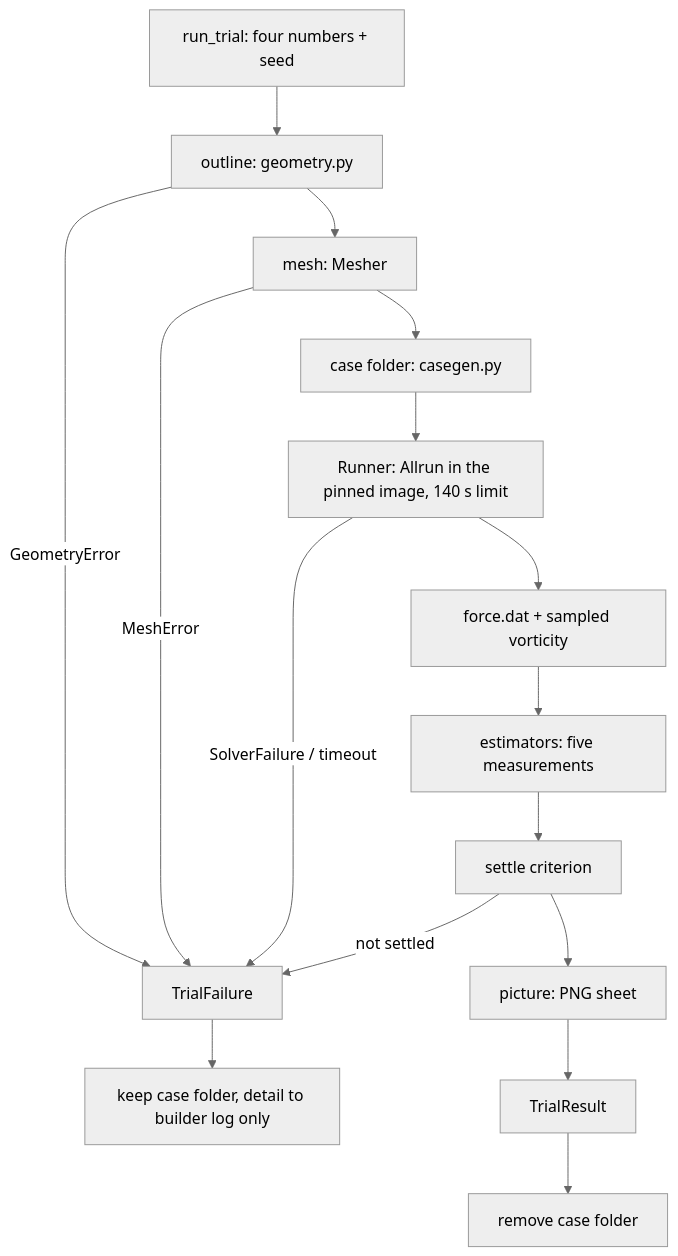
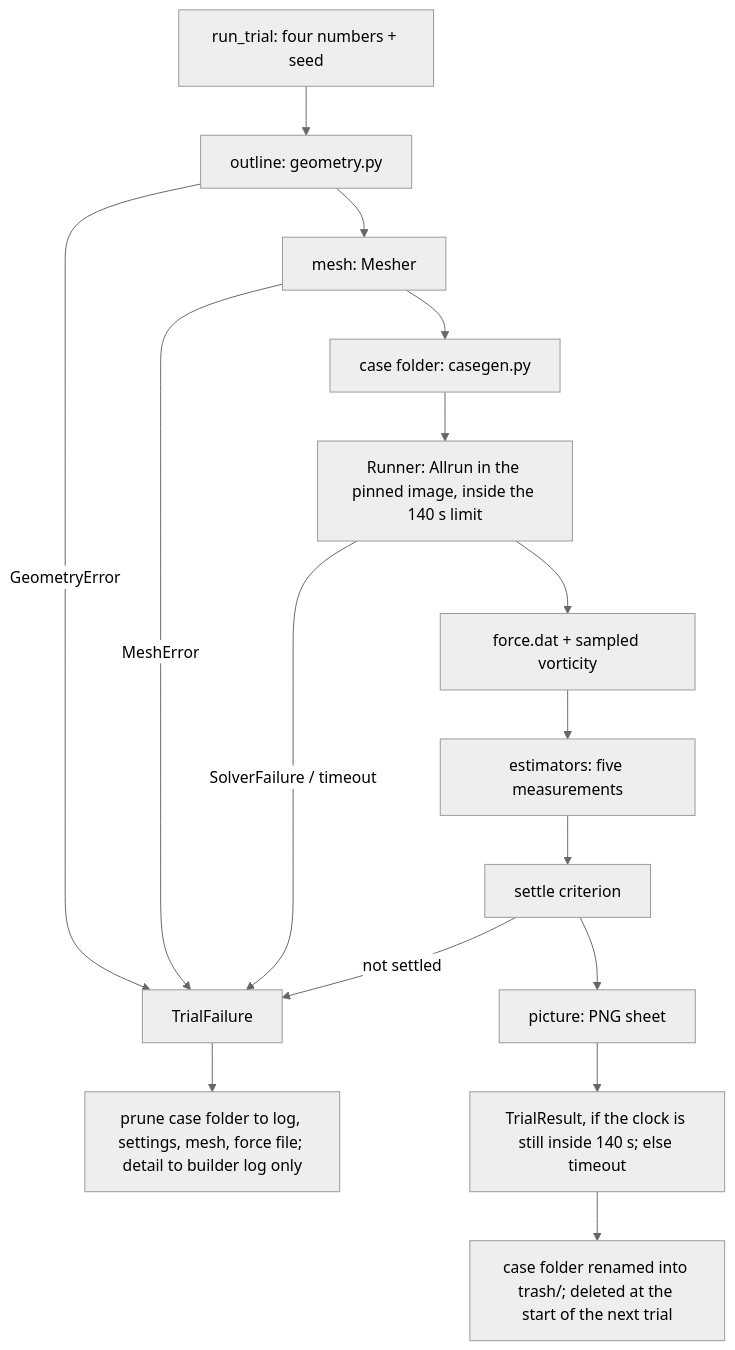
Before and after one commit to marcosanyo/dr-kiro-lab-notebook: the diagram in docs/ja/wind-tunnel/design.md, drawn with Mermaid (neutral theme). The commit also changed other lines of this file and 6 other files, not shown here.

````diff
--- a/docs/ja/wind-tunnel/design.md
+++ b/docs/ja/wind-tunnel/design.md
@@ -70,18 +71,18 @@
 ```mermaid
 flowchart TD
     A[run_trial: four numbers + seed] --> B[outline: geometry.py]
     B -->|GeometryError| F[TrialFailure]
     B --> C[mesh: Mesher]
     C -->|MeshError| F
     C --> D[case folder: casegen.py]
-    D --> E[Runner: Allrun in the pinned image, 140 s limit]
+    D --> E[Runner: Allrun in the pinned image, inside the 140 s limit]
     E -->|SolverFailure / timeout| F
     E --> G[force.dat + sampled vorticity]
     G --> H[estimators: five measurements]
     H --> I[settle criterion]
     I -->|not settled| F
     I --> J[picture: PNG sheet]
-    J --> K[TrialResult]
-    F --> L[keep case folder, detail to builder log only]
-    K --> M[remove case folder]
+    J --> K[TrialResult, if the clock is still inside 140 s; else timeout]
+    F --> L[prune case folder to log, settings, mesh, force file; detail to builder log only]
+    K --> M[case folder renamed into trash/; deleted at the start of the next trial]
 ```
````
